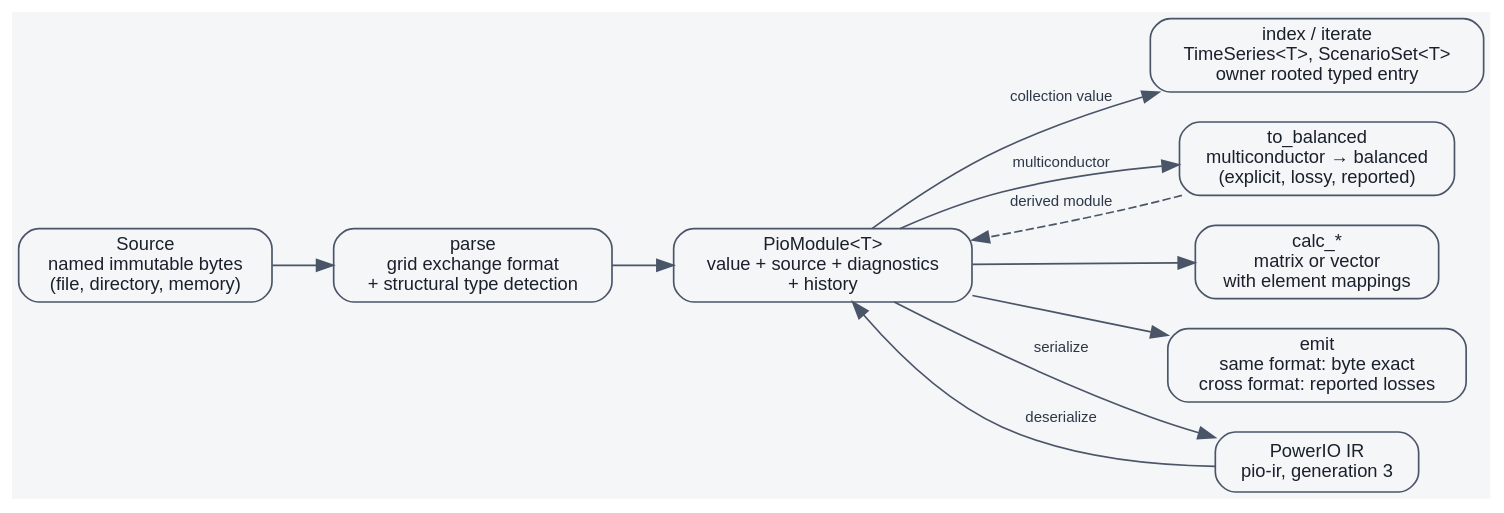
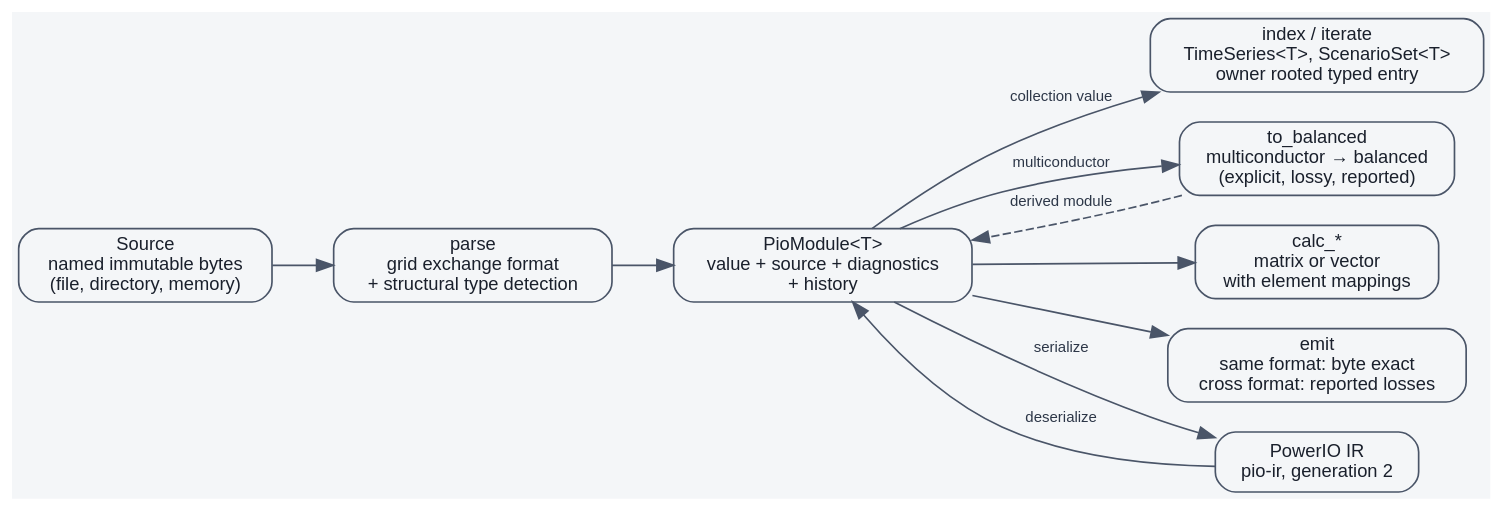
The diagram in docs/diagrams/dataflow.dot (BurhanAbdullah/powerio), drawn with Graphviz before and after one commit. The commit also changed 31 other files, not shown here.

```diff
--- a/docs/diagrams/dataflow.dot
+++ b/docs/diagrams/dataflow.dot
@@ -1,30 +1,30 @@
 // The parse-to-emit data flow: acquisition, parse, the typed module, explicit
 // transformations, calculations, emission, and PowerIO IR. Nodes are operations and data,
 // not crates, so the checker validates only its syntax and generation.
 digraph powerio_dataflow {
     rankdir = LR;
     bgcolor = "#f4f6f8";
     node [shape = box, style = "rounded,filled", fillcolor = "#f4f6f8",
           color = "#4a5568", fontname = "Helvetica", fontsize = 11,
           fontcolor = "#1a202c"];
     edge [color = "#4a5568", fontname = "Helvetica", fontsize = 9,
           fontcolor = "#2d3748"];
 
     source [label = "Source\nnamed immutable bytes\n(file, directory, memory)"];
     parse [label = "parse\ngrid exchange format\n+ structural type detection"];
     module [label = "PioModule<T>\nvalue + source + diagnostics\n+ history"];
     access [label = "index / iterate\nTimeSeries<T>, ScenarioSet<T>\nowner rooted typed entry"];
     transform [label = "to_balanced\nmulticonductor → balanced\n(explicit, lossy, reported)"];
     matrices [label = "calc_*\nmatrix or vector\nwith element mappings"];
     emit [label = "emit\nsame format: byte exact\ncross format: reported losses"];
-    stored [label = "PowerIO IR\npio-ir, generation 3"];
+    stored [label = "PowerIO IR\npio-ir, generation 2"];
 
     source -> parse -> module;
     module -> access [label = "collection value"];
     module -> transform [label = "multiconductor"];
     transform -> module [style = dashed, label = "derived module"];
     module -> matrices;
     module -> emit;
     module -> stored [label = "serialize"];
     stored -> module [label = "deserialize"];
 }
```
